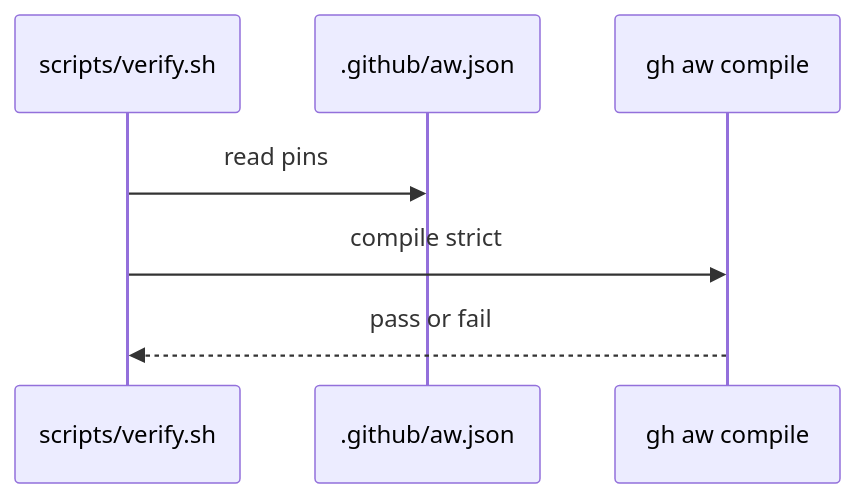
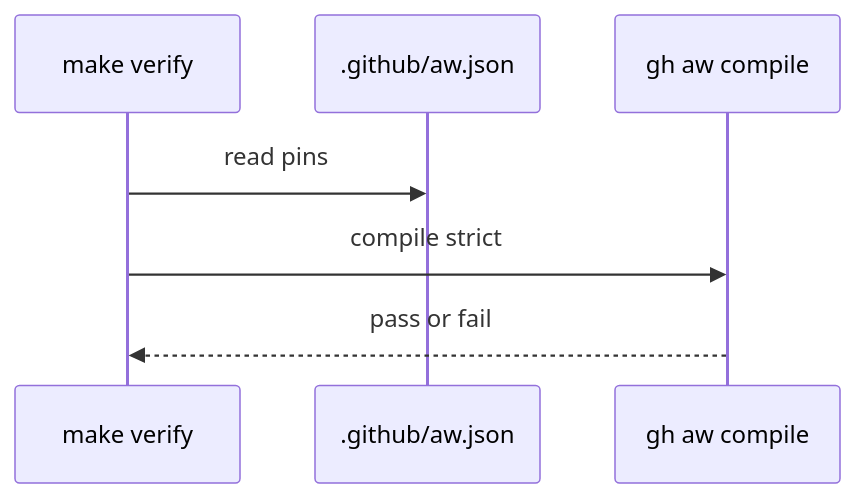
One commit to svennijhuis/agentic-workflows changed the diagram in docs/pbi/release/L04-gh-aw-tool-pin.md. Above: the diagram before and after it, drawn with Mermaid. The commit also changed other lines of this file and 986 other files, not shown here.

````diff
--- a/docs/pbi/release/L04-gh-aw-tool-pin.md
+++ b/docs/pbi/release/L04-gh-aw-tool-pin.md
@@ -25,9 +25,9 @@
 ```mermaid
 sequenceDiagram
-  participant G as scripts/verify.sh
+  participant G as make verify
   participant AW as .github/aw.json
   participant CLI as gh aw compile
   G->>AW: read pins
   G->>CLI: compile strict
   CLI-->>G: pass or fail
 ```
````
